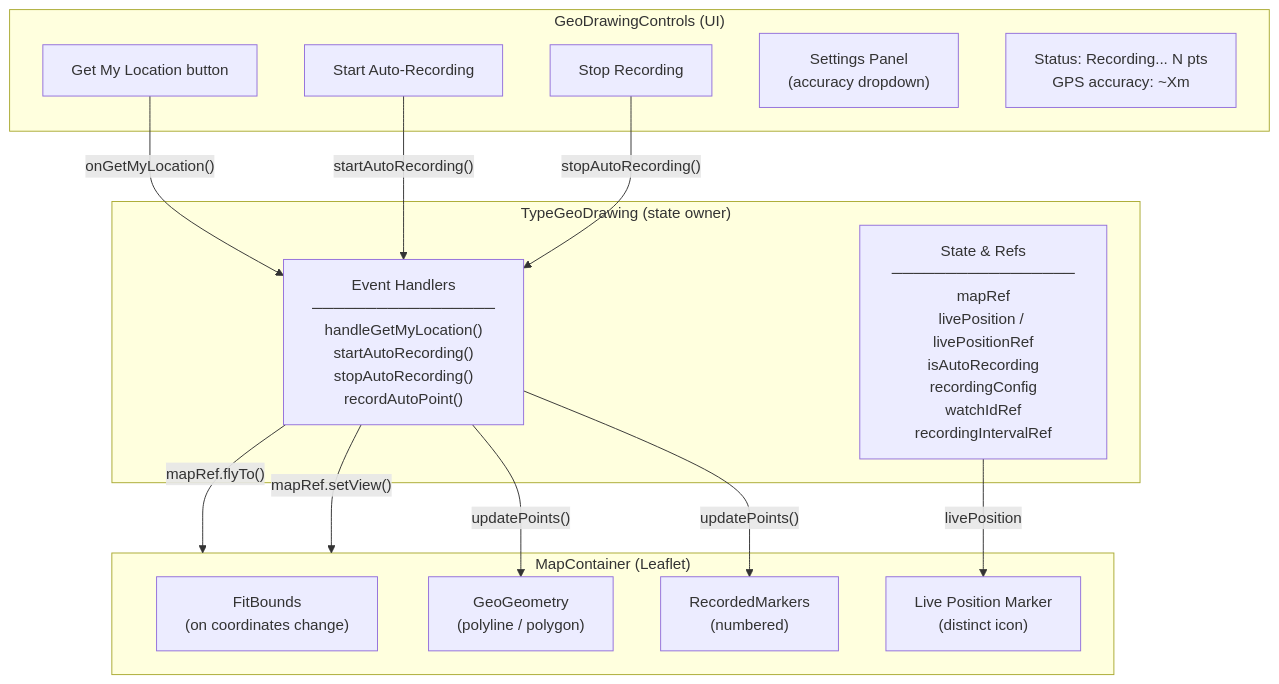
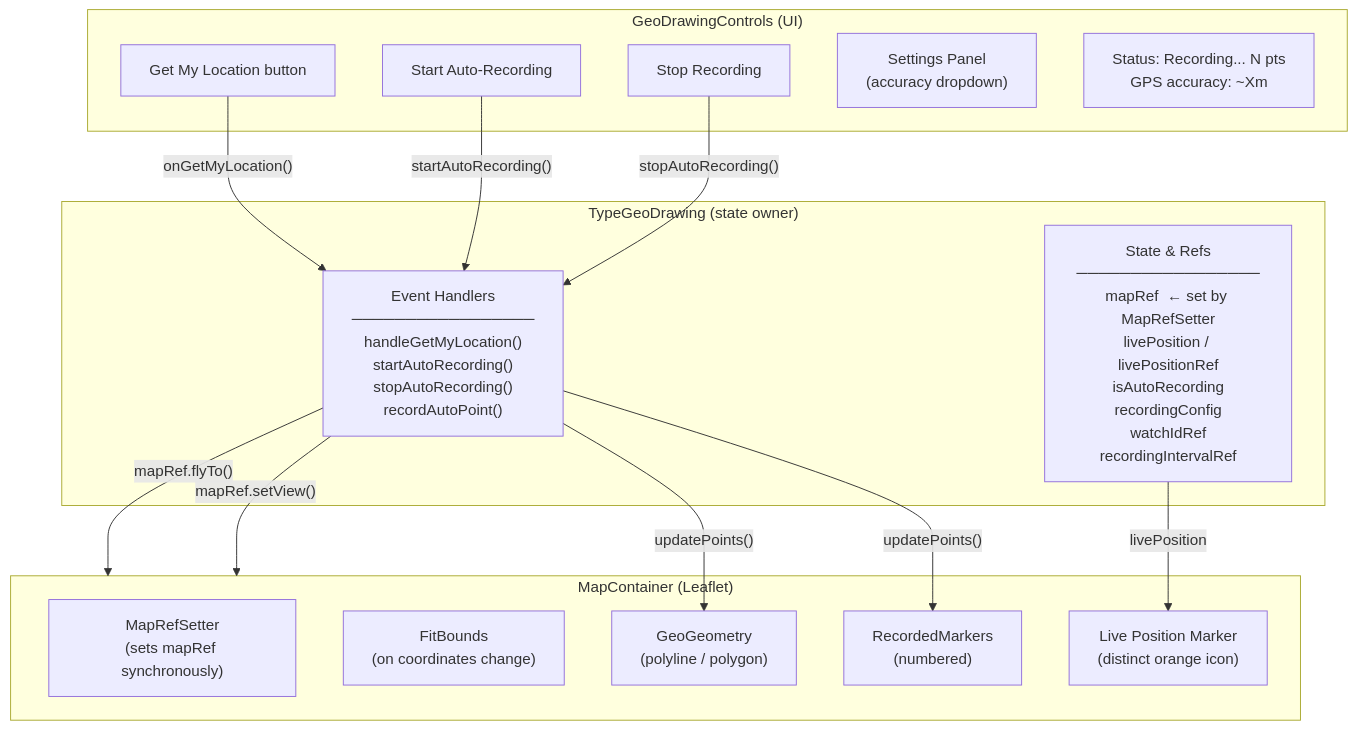
One commit to akvo/akvo-react-form changed the first of 6 diagrams in docs/geo-drawing-auto-record/design.md. Above: the diagram before and after it, drawn with Mermaid. The commit also changed other lines of this file and 4 other files, not shown here.

````diff
--- a/docs/geo-drawing-auto-record/design.md
+++ b/docs/geo-drawing-auto-record/design.md
@@ -7,31 +7,32 @@
 ```mermaid
 graph TD
     subgraph TypeGeoDrawing["TypeGeoDrawing (state owner)"]
-        STATE["State & Refs\n─────────────────\nmapRef\nlivePosition / livePositionRef\nisAutoRecording\nrecordingConfig\nwatchIdRef\nrecordingIntervalRef"]
+        STATE["State & Refs\n─────────────────\nmapRef  ← set by MapRefSetter\nlivePosition / livePositionRef\nisAutoRecording\nrecordingConfig\nwatchIdRef\nrecordingIntervalRef"]
         HANDLERS["Event Handlers\n─────────────────\nhandleGetMyLocation()\nstartAutoRecording()\nstopAutoRecording()\nrecordAutoPoint()"]
     end
 
     subgraph Controls["GeoDrawingControls (UI)"]
         BTN_LOC["Get My Location button"]
         BTN_START["Start Auto-Recording"]
         BTN_STOP["Stop Recording"]
         SETTINGS["Settings Panel\n(accuracy dropdown)"]
         STATUS["Status: Recording... N pts\nGPS accuracy: ~Xm"]
     end
 
     subgraph MapArea["MapContainer (Leaflet)"]
+        MAPREF["MapRefSetter\n(sets mapRef synchronously)"]
         FIT["FitBounds\n(on coordinates change)"]
         GEOM["GeoGeometry\n(polyline / polygon)"]
         MARKERS["RecordedMarkers\n(numbered)"]
-        LIVEMARKER["Live Position Marker\n(distinct icon)"]
+        LIVEMARKER["Live Position Marker\n(distinct orange icon)"]
     end
 
     BTN_LOC -->|"onGetMyLocation()"| HANDLERS
     BTN_START -->|"startAutoRecording()"| HANDLERS
     BTN_STOP -->|"stopAutoRecording()"| HANDLERS
     HANDLERS -->|"mapRef.flyTo()"| MapArea
     HANDLERS -->|"mapRef.setView()"| MapArea
     HANDLERS -->|"updatePoints()"| GEOM
     HANDLERS -->|"updatePoints()"| MARKERS
     STATE -->|"livePosition"| LIVEMARKER
 ```
````
